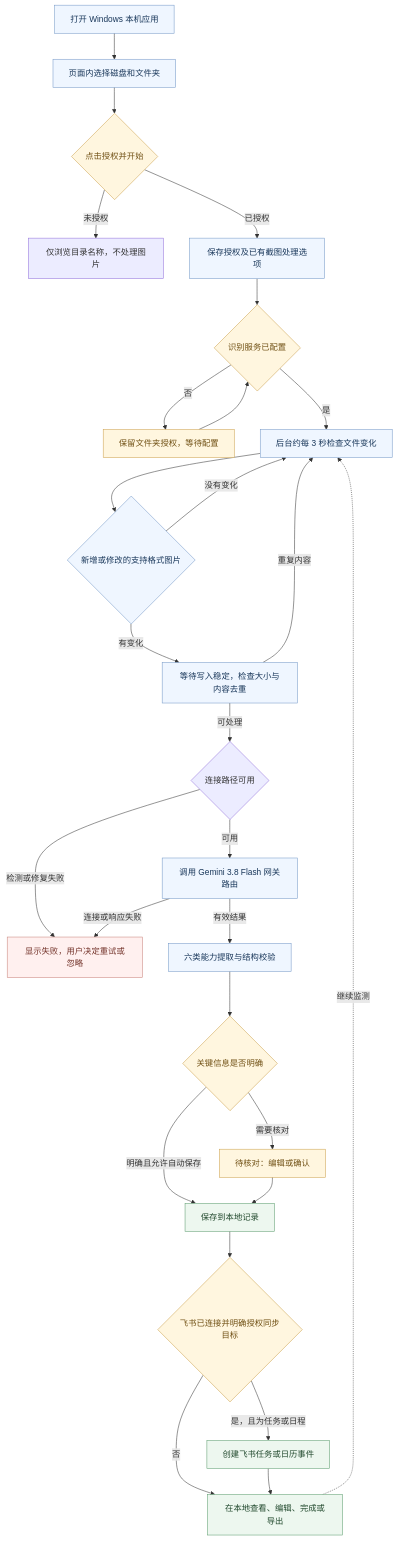
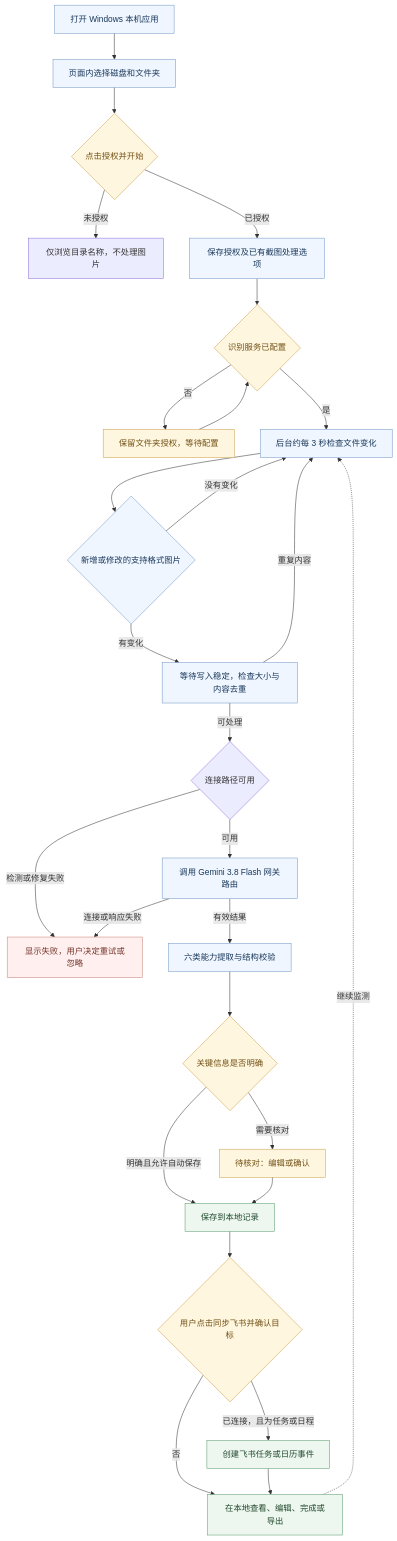
Before and after one commit to dieuthanhdo1-star/SnapFlow_Agent: the diagram in README.md, drawn with Mermaid. The commit also changed other lines of this file and 8 other files, not shown here.

````diff
--- a/README.md
+++ b/README.md
@@ -40,38 +42,38 @@
 ```mermaid
 flowchart TD
     A[打开 Windows 本机应用] --> B[页面内选择磁盘和文件夹]
     B --> C{点击授权并开始}
     C -->|未授权| D[仅浏览目录名称，不处理图片]
     C -->|已授权| E[保存授权及已有截图处理选项]
     E --> F{识别服务已配置}
     F -->|否| G[保留文件夹授权，等待配置]
     G --> F
     F -->|是| H[后台约每 3 秒检查文件变化]
     H --> I{新增或修改的支持格式图片}
     I -->|没有变化| H
     I -->|有变化| J[等待写入稳定，检查大小与内容去重]
     J -->|重复内容| H
     J -->|可处理| K0{连接路径可用}
     K0 -->|检测或修复失败| L
     K0 -->|可用| K[调用 Gemini 3.8 Flash 网关路由]
     K -->|连接或响应失败| L[显示失败，用户决定重试或忽略]
     K -->|有效结果| M[六类能力提取与结构校验]
     M --> N{关键信息是否明确}
     N -->|明确且允许自动保存| O[保存到本地记录]
     N -->|需要核对| P[待核对：编辑或确认]
     P --> O
-    O --> Q{飞书已连接并明确授权同步目标}
-    Q -->|是，且为任务或日程| R[创建飞书任务或日历事件]
+    O --> Q{用户点击同步飞书并确认目标}
+    Q -->|已连接，且为任务或日程| R[创建飞书任务或日历事件]
     Q -->|否| S[在本地查看、编辑、完成或导出]
     R --> S
     S -.继续监测.-> H
 
     classDef normal fill:#eff6ff,stroke:#7397c6,color:#19375a;
     classDef success fill:#edf7ef,stroke:#5b9b6d,color:#20482c;
     classDef attention fill:#fff6df,stroke:#cba04c,color:#705014;
     classDef error fill:#fff0ef,stroke:#c78179,color:#74342b;
     class A,B,E,H,I,J,K,M normal;
     class O,R,S success;
     class C,F,G,N,P,Q attention;
     class L error;
 ```
````
